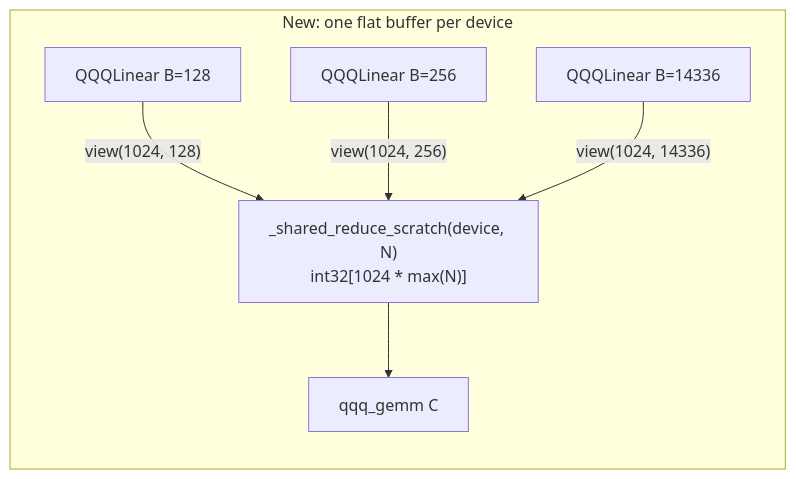
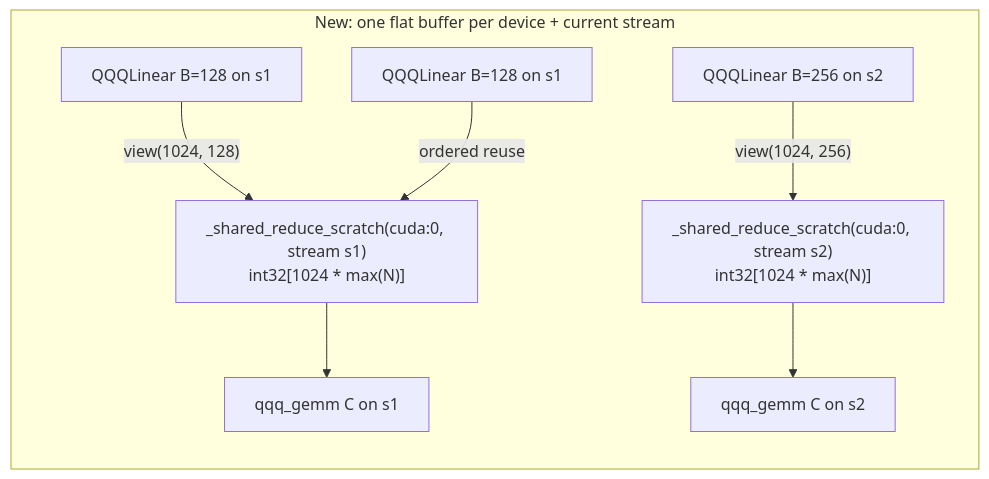
One commit to ModelCloud/GPTQModel changed the second of 4 diagrams in docs/kernel-scratch-lifecycle.md. Above: the diagram before and after it, drawn with Mermaid. The commit also changed other lines of this file and 2 other files, not shown here.

Commit message:
fix(qqq): own reduce scratch per CUDA stream (#4488)

````diff
--- a/docs/kernel-scratch-lifecycle.md
+++ b/docs/kernel-scratch-lifecycle.md
@@ -28,10 +28,12 @@
 ```mermaid
 flowchart LR
-    subgraph NEW["New: one flat buffer per device"]
-        R["_shared_reduce_scratch(device, N)<br/>int32[1024 * max(N)]"]
-        L1["QQQLinear B=128"] -->|"view(1024, 128)"| R
-        L2["QQQLinear B=256"] -->|"view(1024, 256)"| R
-        L3["QQQLinear B=14336"] -->|"view(1024, 14336)"| R
-        R --> K["qqq_gemm C"]
+    subgraph NEW["New: one flat buffer per device + current stream"]
+        R1["_shared_reduce_scratch(cuda:0, stream s1)<br/>int32[1024 * max(N)]"]
+        R2["_shared_reduce_scratch(cuda:0, stream s2)<br/>int32[1024 * max(N)]"]
+        L1["QQQLinear B=128 on s1"] -->|"view(1024, 128)"| R1
+        L2["QQQLinear B=128 on s1"] -->|"ordered reuse"| R1
+        L3["QQQLinear B=256 on s2"] -->|"view(1024, 256)"| R2
+        R1 --> K1["qqq_gemm C on s1"]
+        R2 --> K2["qqq_gemm C on s2"]
     end
 ```
````
